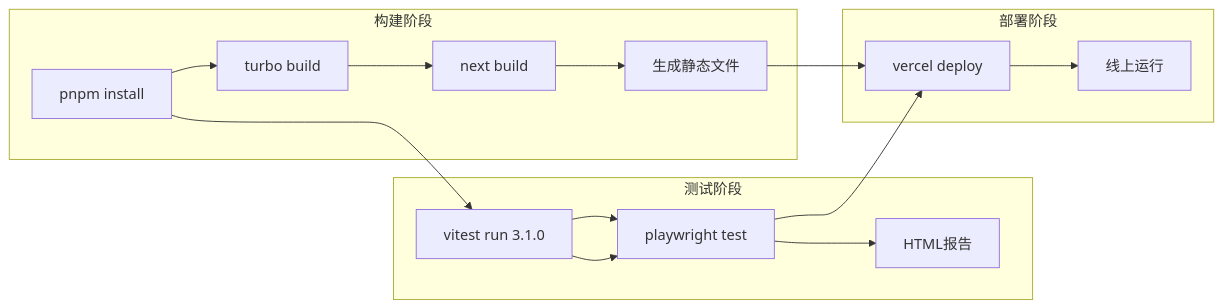
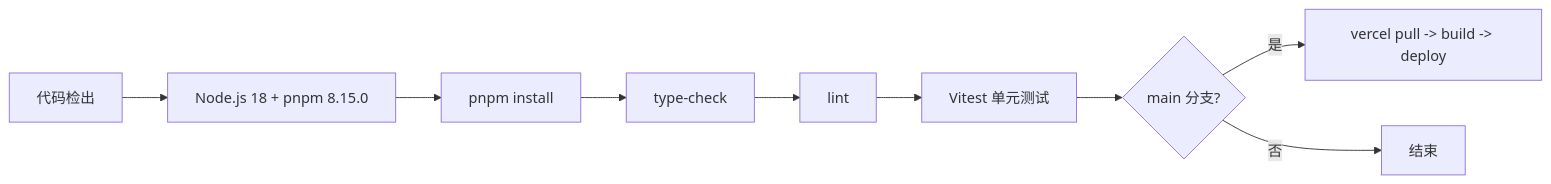
One commit to CryptoLinxu/Web3-AI-Agent-WebSite changed the diagram in content/wiki/08-部署指南/02-CI-CD自动化.md. Above: the diagram before and after it, drawn with Mermaid. The commit also changed other lines of this file and 59 other files, not shown here.

````diff
--- a/content/wiki/08-部署指南/02-CI-CD自动化.md
+++ b/content/wiki/08-部署指南/02-CI-CD自动化.md
@@ -465,19 +25,11 @@
 ```mermaid
 flowchart LR
-subgraph "构建阶段"
-Install[pnpm install] --> Build[turbo build]
-Build --> NextBuild[next build]
-NextBuild --> Dist[生成静态文件]
-end
-subgraph "测试阶段"
-UnitTest[vitest run 3.1.0] --> E2ETest[playwright test]
-E2ETest --> Report[HTML报告]
-end
-subgraph "部署阶段"
-Dist --> VercelDeploy[vercel deploy]
-VercelDeploy --> Live[线上运行]
-end
-Install --> UnitTest
-UnitTest --> E2ETest
-E2ETest --> VercelDeploy
+  A[代码检出] --> B[Node.js 18 + pnpm 8.15.0]
+  B --> C[pnpm install]
+  C --> D[type-check]
+  D --> E[lint]
+  E --> F[Vitest 单元测试]
+  F --> G{main 分支?}
+  G -->|是| H[vercel pull -> build -> deploy]
+  G -->|否| I[结束]
 ```
````
